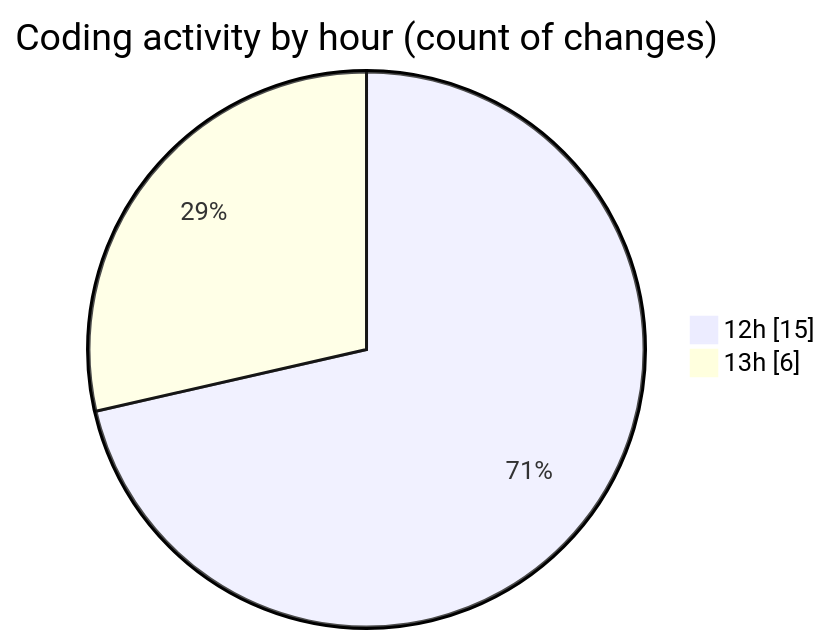
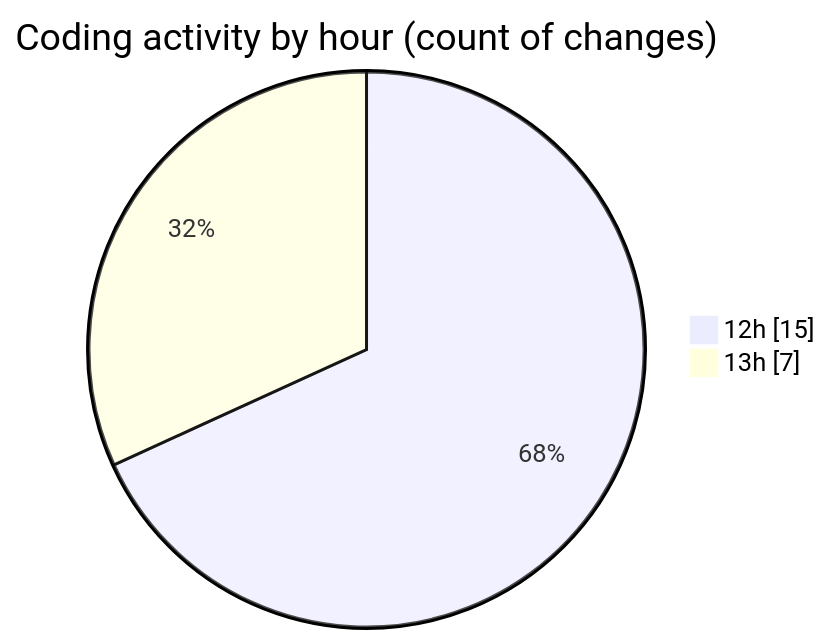
One commit to donsfak/code-tracking changed the second of 2 diagrams in 2025-03-27/wordle/README.md. Above: the diagram before and after it, drawn with Mermaid. The commit also changed other lines of this file and 1 other file, not shown here.

````diff
--- a/2025-03-27/wordle/README.md
+++ b/2025-03-27/wordle/README.md
@@ -37,6 +37,6 @@
 ```mermaid
 pie showData
 title Coding activity by hour (count of changes)
 "12h" : 15
-"13h" : 6
+"13h" : 7
 ```
````
